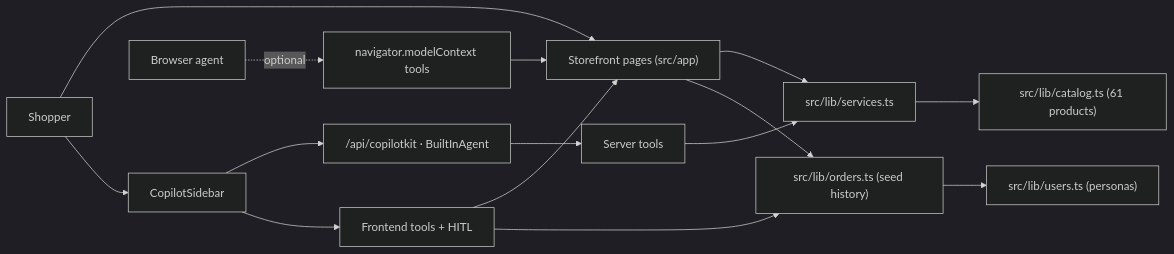
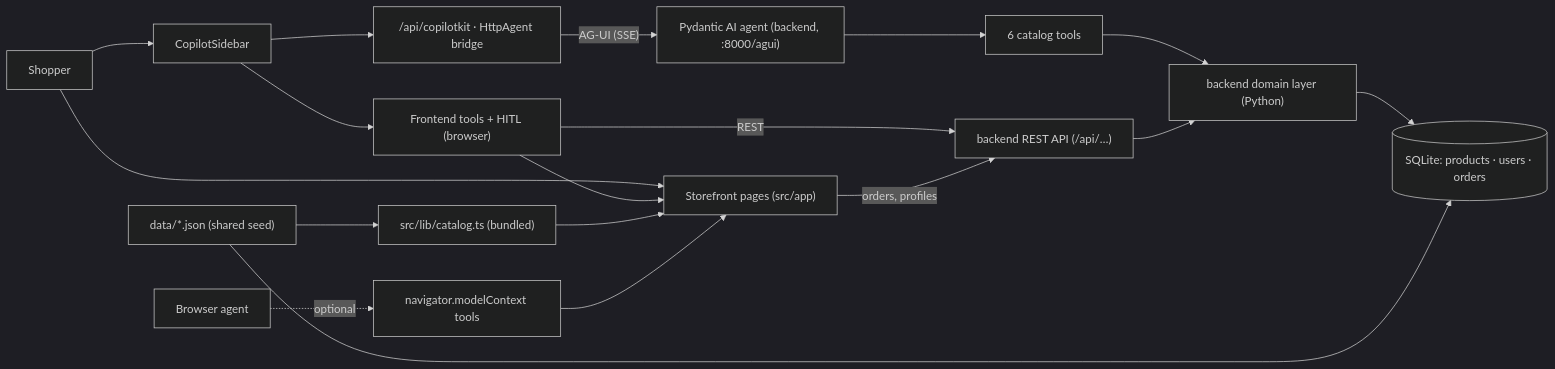
Before and after one commit to VENKATESHWARAN-R/agentic-ecom: the diagram in docs/architecture.md, drawn with Mermaid (dark theme). The commit also changed other lines of this file and 52 other files, not shown here.

First line of the commit message:
feat: extract shopping agent to Python backend with AG-UI and REST API

````diff
--- a/docs/architecture.md
+++ b/docs/architecture.md
@@ -5,17 +5,20 @@
 ```mermaid
 flowchart LR
     Shopper --> UI["Storefront pages (src/app)"]
     Shopper --> Chat["CopilotSidebar"]
-    Chat --> Runtime["/api/copilotkit · BuiltInAgent"]
-    Runtime --> ServerTools["Server tools"]
-    Chat --> FrontendTools["Frontend tools + HITL"]
+    Chat --> Bridge["/api/copilotkit · HttpAgent bridge"]
+    Bridge -- "AG-UI (SSE)" --> Agent["Pydantic AI agent (backend, :8000/agui)"]
+    Agent --> Tools["6 catalog tools"]
+    Tools --> Domain["backend domain layer (Python)"]
+    Chat --> FrontendTools["Frontend tools + HITL (browser)"]
     FrontendTools --> UI
-    ServerTools --> Services["src/lib/services.ts"]
-    FrontendTools --> Orders["src/lib/orders.ts (seed history)"]
-    UI --> Services
-    UI --> Orders
-    Orders --> Users["src/lib/users.ts (personas)"]
-    Services --> Catalog["src/lib/catalog.ts (61 products)"]
+    FrontendTools -- REST --> API["backend REST API (/api/…)"]
+    UI -- "orders, profiles" --> API
+    API --> Domain
+    Domain --> DB[("SQLite: products · users · orders")]
+    Seed["data/*.json (shared seed)"] --> DB
+    Seed --> ClientCatalog["src/lib/catalog.ts (bundled)"]
+    ClientCatalog --> UI
     BrowserAgent["Browser agent"] -. optional .-> WebMCP["navigator.modelContext tools"]
     WebMCP --> UI
 ```
````
